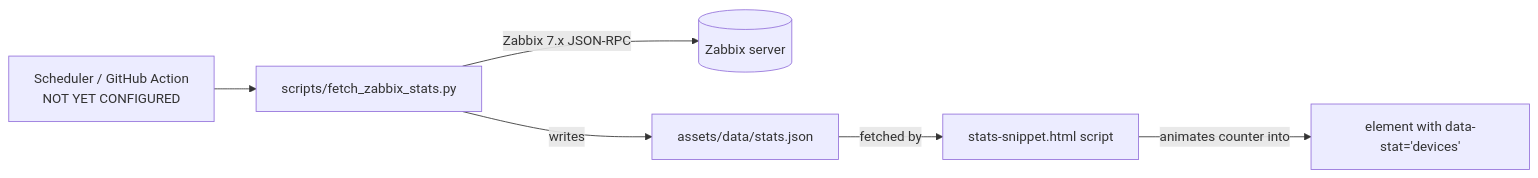
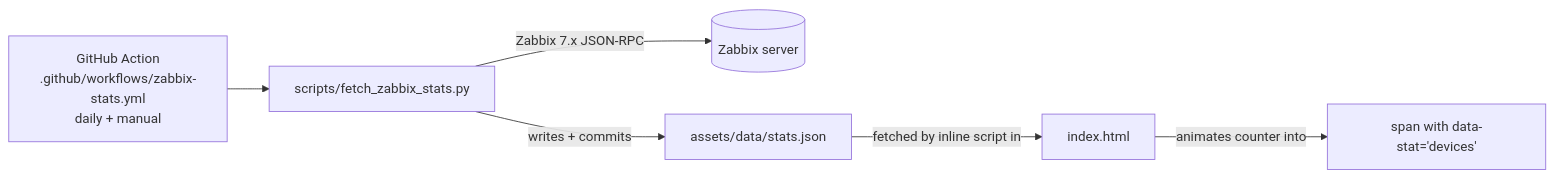
Before and after one commit to glctech/site2.0: the fourth of 4 diagrams in docs/ARCHITECTURE.md, drawn with Mermaid. The commit also changed other lines of this file and 11 other files, not shown here.

First line of the commit message:
Wire live Zabbix stats, fix landing form, remove dead i18n files

````diff
--- a/docs/ARCHITECTURE.md
+++ b/docs/ARCHITECTURE.md
@@ -264,8 +265,8 @@
 ```mermaid
 flowchart LR
-    CRON[Scheduler / GitHub Action<br/>NOT YET CONFIGURED] --> PY[scripts/fetch_zabbix_stats.py]
+    CRON[GitHub Action<br/>.github/workflows/zabbix-stats.yml<br/>daily + manual] --> PY[scripts/fetch_zabbix_stats.py]
     PY -->|Zabbix 7.x JSON-RPC| ZBX[(Zabbix server)]
-    PY -->|writes| JSON[assets/data/stats.json]
-    JSON -->|fetched by| SNIP[stats-snippet.html script]
-    SNIP -->|animates counter into| EL["element with data-stat='devices'"]
+    PY -->|writes + commits| JSON[assets/data/stats.json]
+    JSON -->|fetched by inline script in| IDX[index.html]
+    IDX -->|animates counter into| EL["span with data-stat='devices'"]
 ```
````
